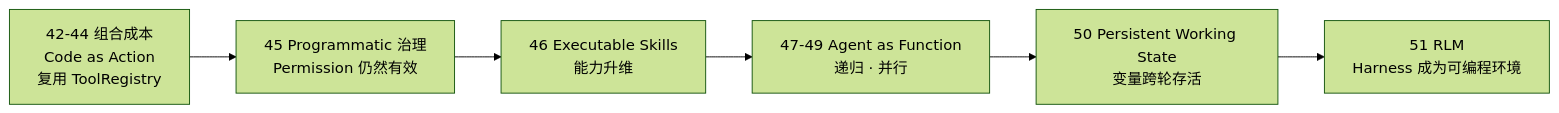
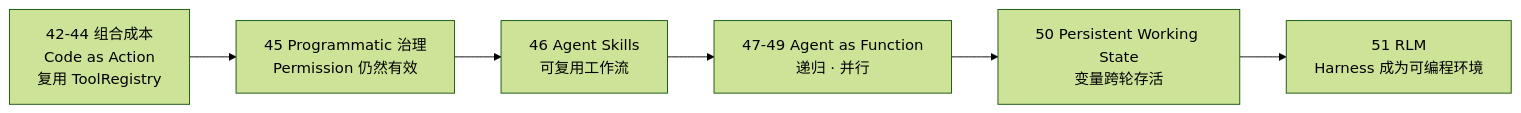
Before and after one commit to liuyueyi/hello-harness: the third of 4 diagrams in docs/zh/tutorials/stage-5-hello-programmatic-agent/index.md, drawn with Mermaid (forest theme). The commit also changed other lines of this file and 15 other files, not shown here.

Commit message:
feat: Agent Skills 实战：接入真实 Skill，跑通工作流验证

````diff
--- a/docs/zh/tutorials/stage-5-hello-programmatic-agent/index.md
+++ b/docs/zh/tutorials/stage-5-hello-programmatic-agent/index.md
@@ -117,8 +117,8 @@
 ```mermaid
 flowchart LR
   A[42-44 组合成本<br/>Code as Action<br/>复用 ToolRegistry] --> B[45 Programmatic 治理<br/>Permission 仍然有效]
-  B --> C[46 Executable Skills<br/>能力升维]
+  B --> C[46 Agent Skills<br/>可复用工作流]
   C --> D[47-49 Agent as Function<br/>递归 · 并行]
   D --> E[50 Persistent Working State<br/>变量跨轮存活]
   E --> F[51 RLM<br/>Harness 成为可编程环境]
 ```
````
